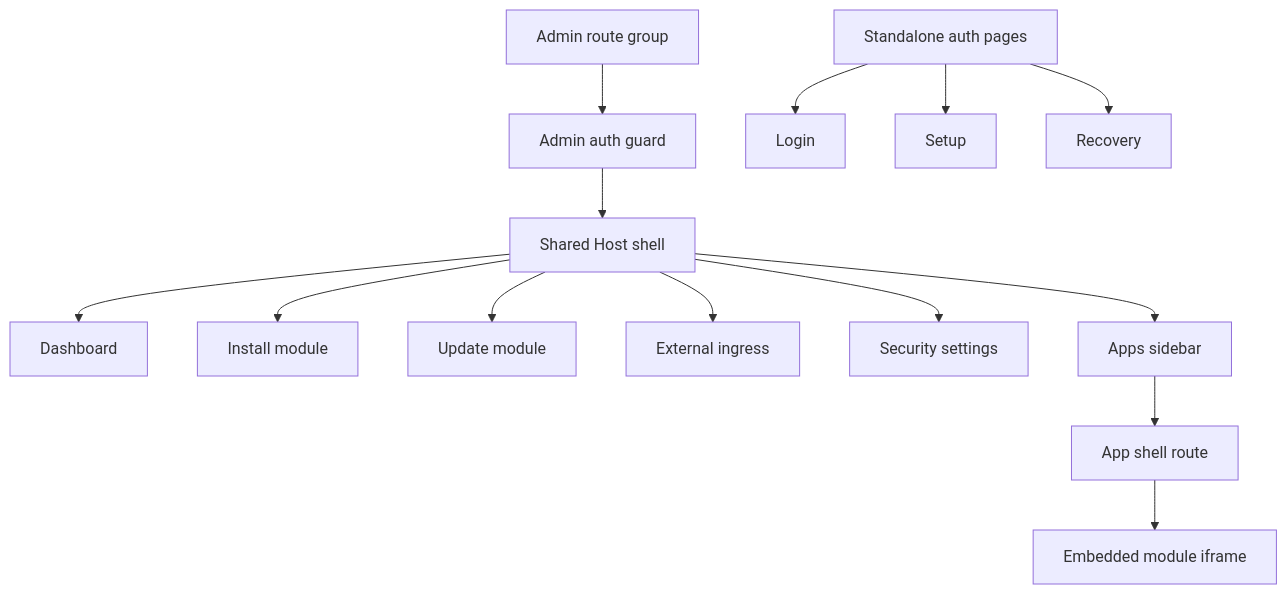
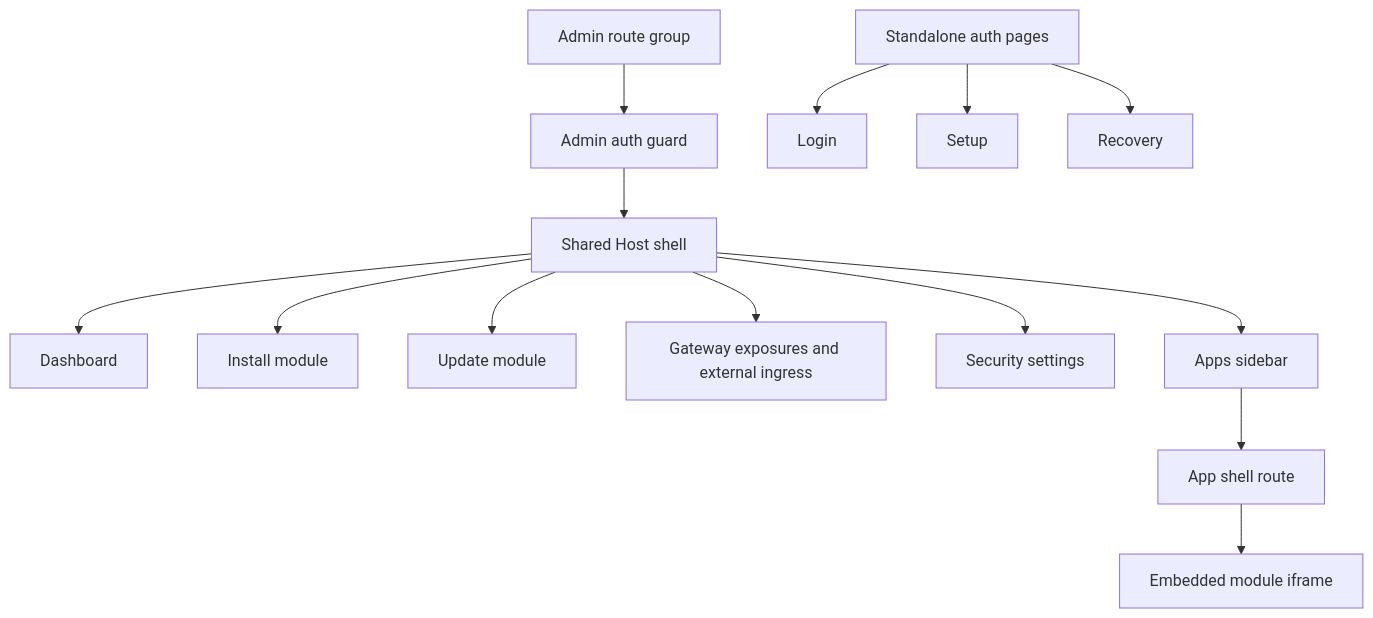
The diagram in docs/features/host-app-shell.md (alex-de-haas/docker-host), drawn with Mermaid before and after one commit. The commit also changed other lines of this file and 11 other files, not shown here.

Commit message:
Add gateway exposure management to the ingress page

````diff
--- a/docs/features/host-app-shell.md
+++ b/docs/features/host-app-shell.md
@@ -59,16 +70,16 @@
 ```mermaid
 flowchart TD
   A["Admin route group"] --> B["Admin auth guard"]
   B --> C["Shared Host shell"]
   C --> D["Dashboard"]
   C --> E["Install module"]
   C --> F["Update module"]
-  C --> G["External ingress"]
+  C --> G["Gateway exposures and external ingress"]
   C --> H["Security settings"]
   C --> M["Apps sidebar"]
   M --> N["App shell route"]
   N --> O["Embedded module iframe"]
   I["Standalone auth pages"] --> J["Login"]
   I --> K["Setup"]
   I --> L["Recovery"]
 ```
````
